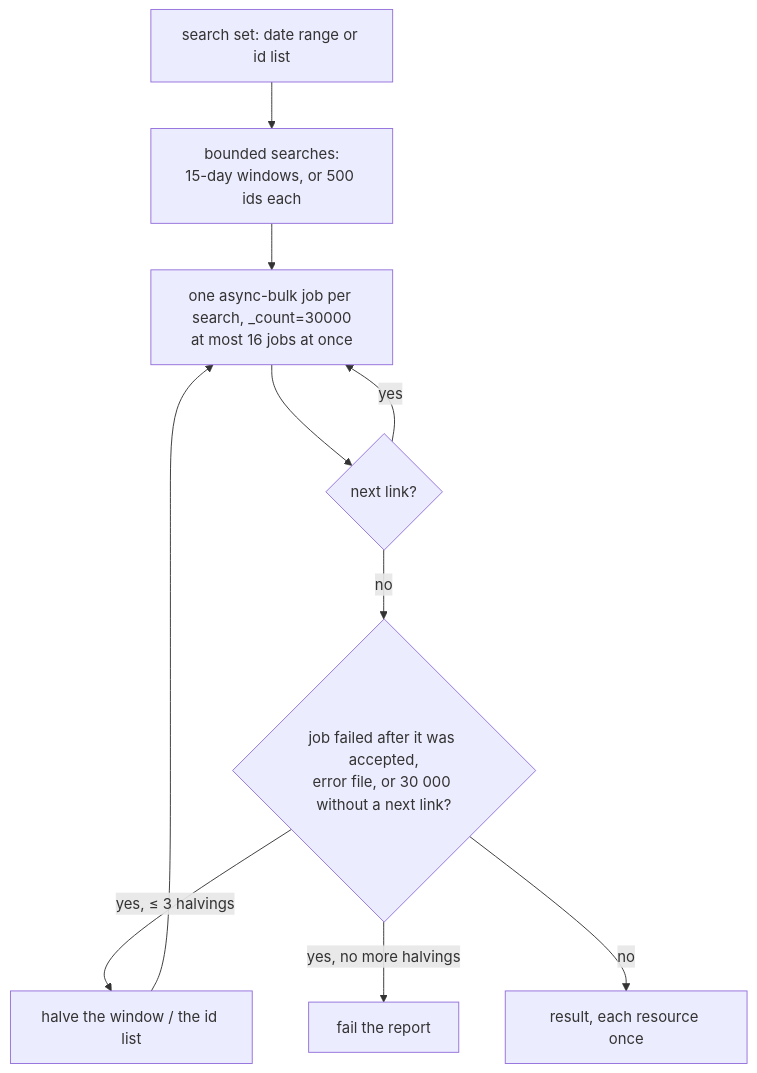
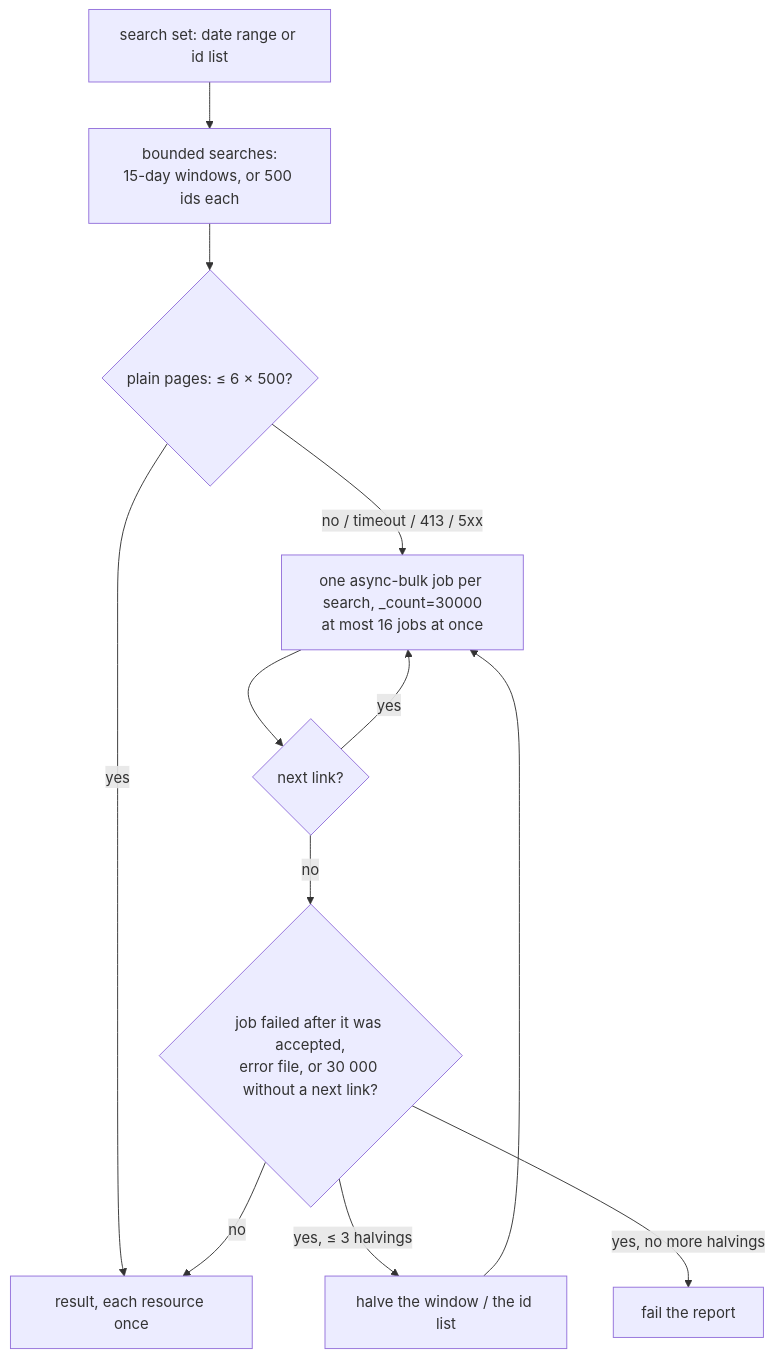
Before and after one commit to masslight/ottehr: the sixth of 7 diagrams in docs/adhoc-layer-graph.md, drawn with Mermaid. The commit also changed other lines of this file and 1 other file, not shown here.

````diff
--- a/docs/adhoc-layer-graph.md
+++ b/docs/adhoc-layer-graph.md
@@ -195,11 +204,13 @@
 ```mermaid
 flowchart TD
   S[search set: date range or id list] --> E["bounded searches:<br/>15-day windows, or 500 ids each"]
-  E --> J["one async-bulk job per search, _count=30000<br/>at most 16 jobs at once"]
+  E --> P{"plain pages: ≤ 6 × 500?"}
+  P -- yes --> OK
+  P -- "no / timeout / 413 / 5xx" --> J["one async-bulk job per search, _count=30000<br/>at most 16 jobs at once"]
   J --> NXT{next link?}
   NXT -- yes --> J
   NXT -- no --> CHK{"job failed after it was accepted,<br/>error file, or 30 000 without a next link?"}
   CHK -- "yes, ≤ 3 halvings" --> SPL[halve the window / the id list] --> J
   CHK -- "yes, no more halvings" --> FAIL[fail the report]
   CHK -- no --> OK[result, each resource once]
 ```
````
